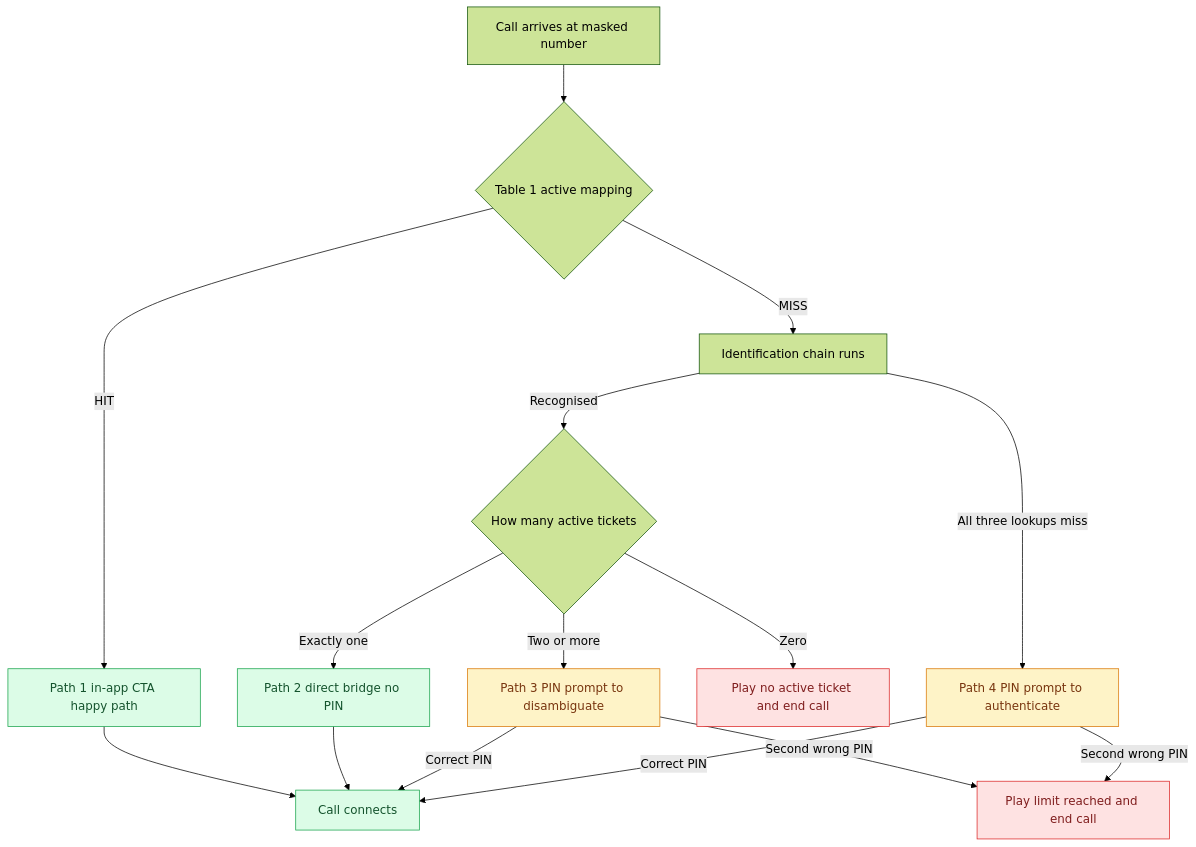
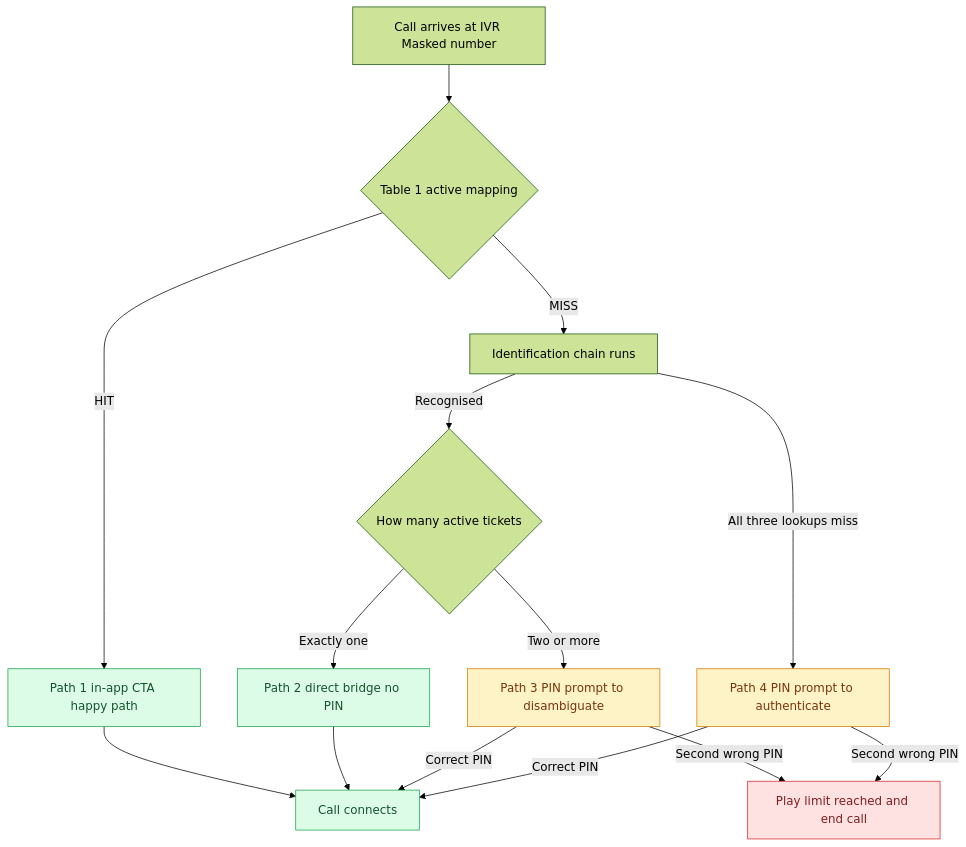
One commit to ashish-raj-wiom/IVR-Routing-Solutioning changed the diagram in diagrams/src/master.mmd. Above: the diagram before and after it, drawn with Mermaid (forest theme). The commit also changed 4 other files, not shown here.

First line of the commit message:
Fix: 'no active ticket' audios belong to Call Center / Trust Line, not IVR Masked number

```diff
--- a/diagrams/src/master.mmd
+++ b/diagrams/src/master.mmd
@@ -1,22 +1,21 @@
 flowchart TD
-    Call[Call arrives at masked number] --> T1{Table 1 active mapping}
+    Call[Call arrives at IVR Masked number] --> T1{Table 1 active mapping}
     T1 -->|HIT| P1[Path 1 in-app CTA happy path]
     T1 -->|MISS| Chain[Identification chain runs]
     Chain -->|Recognised| Tick{How many active tickets}
     Tick -->|Exactly one| P2[Path 2 direct bridge no PIN]
     Tick -->|Two or more| P3[Path 3 PIN prompt to disambiguate]
-    Tick -->|Zero| Dead[Play no active ticket and end call]
     Chain -->|All three lookups miss| P4[Path 4 PIN prompt to authenticate]
     P1 --> Done[Call connects]
     P2 --> Done
     P3 -->|Correct PIN| Done
     P4 -->|Correct PIN| Done
     P3 -->|Second wrong PIN| EndCall[Play limit reached and end call]
     P4 -->|Second wrong PIN| EndCall
 
     classDef hit fill:#dcfce7,stroke:#16a34a,color:#14532d
     classDef bad fill:#fee2e2,stroke:#dc2626,color:#7f1d1d
     classDef neutral fill:#fef3c7,stroke:#d97706,color:#78350f
     class P1,P2,Done hit
-    class Dead,EndCall bad
+    class EndCall bad
     class P3,P4 neutral
```
